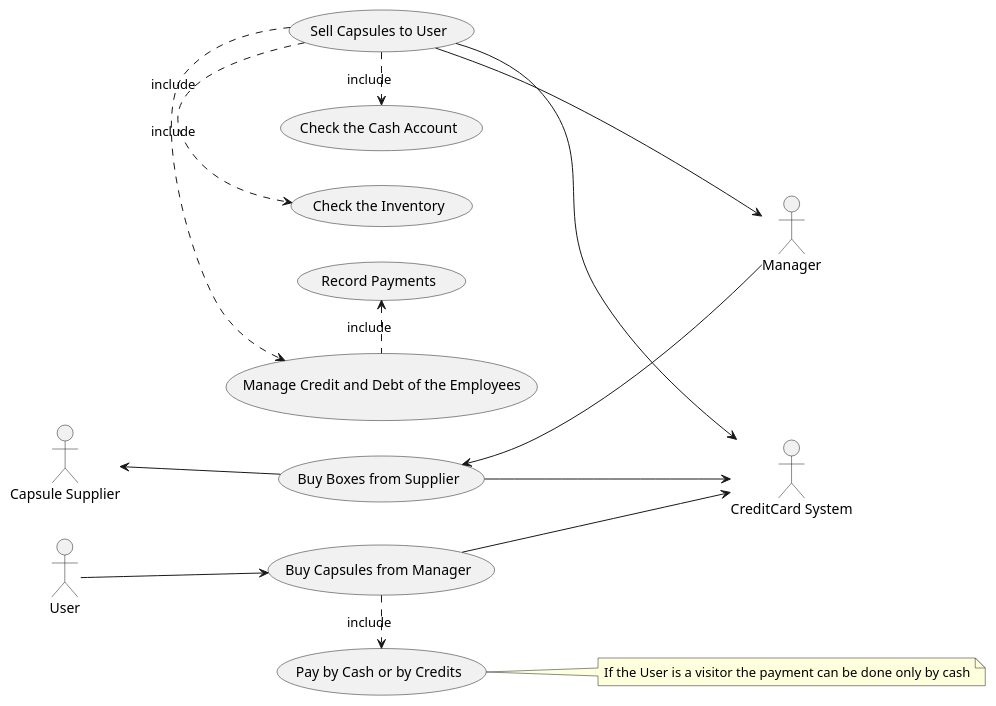
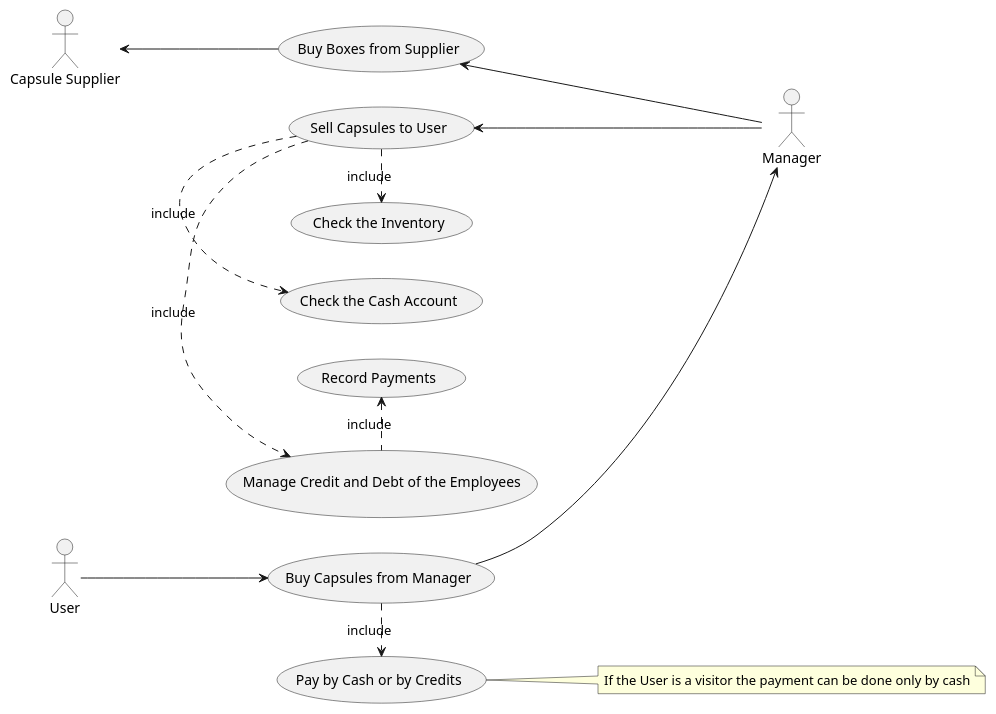
One commit to SimoneDutto/LaTazza changed the second of 4 diagrams in templates/RequirementsTemplate.md. Above: the diagram before and after it, drawn with PlantUML. The commit also changed other lines of this file, not shown here.

````diff
--- a/templates/RequirementsTemplate.md
+++ b/templates/RequirementsTemplate.md
@@ -147,33 +151,30 @@
 ```plantuml
 
 left to right direction
 skinparam packageStyle rectangle
 
 actor Manager as m
 actor User as u
 actor "Capsule Supplier" as s
-actor "CreditCard System" as c
 
 (Buy Boxes from Supplier) <-- m
 s <-- (Buy Boxes from Supplier)
 
 u --> (Buy Capsules from Manager)
-(Sell Capsules to User) --> m
+(Buy Capsules from Manager) --> m
+(Sell Capsules to User) <-- m
 
-(Buy Boxes from Supplier) --> c
-(Buy Capsules from Manager) --> c
-(Sell Capsules to User) --> c
 
 (Sell Capsules to User) .> (Check the Inventory): include
 (Sell Capsules to User) .> (Check the Cash Account): include
 (Sell Capsules to User) .> (Manage Credit and Debt of the Employees): include
 
 
 (Record Payments) <. (Manage Credit and Debt of the Employees): include
 
 
 (Buy Capsules from Manager) .> (Pay by Cash or by Credits): include
 note "If the User is a visitor the payment can be done only by cash" as n
 (Pay by Cash or by Credits) -- n
 
 ```
````
